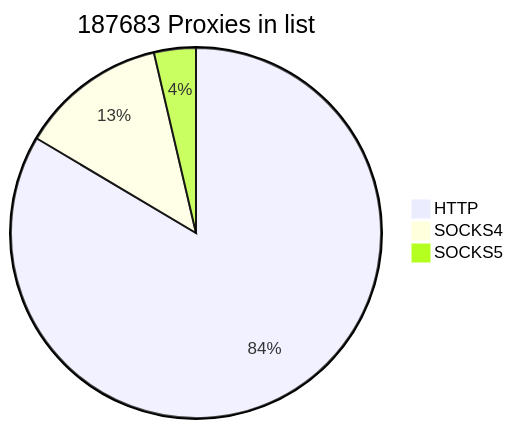
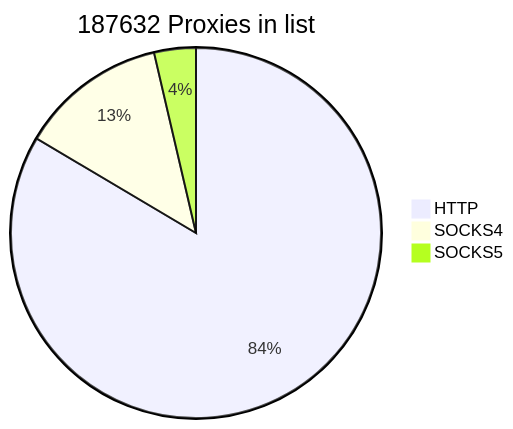
The first of 2 diagrams in README.md (cutipu/proxylist), drawn with Mermaid before and after one commit. The commit also changed other lines of this file, not shown here.

````diff
--- a/README.md
+++ b/README.md
@@ -2,7 +2,7 @@
 ```mermaid
-pie title 187683 Proxies in list
-    "HTTP" : 156777
-    "SOCKS4" : 24052
-    "SOCKS5" : 6854
+pie title 187632 Proxies in list
+    "HTTP" : 156691
+    "SOCKS4" : 24110
+    "SOCKS5" : 6831
             
 ```
````
